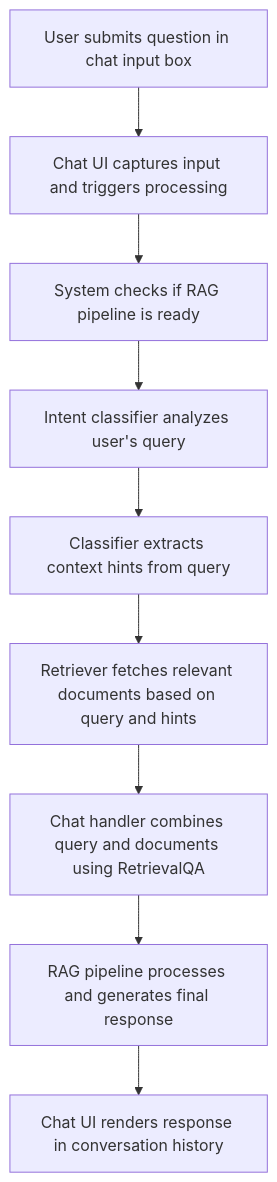
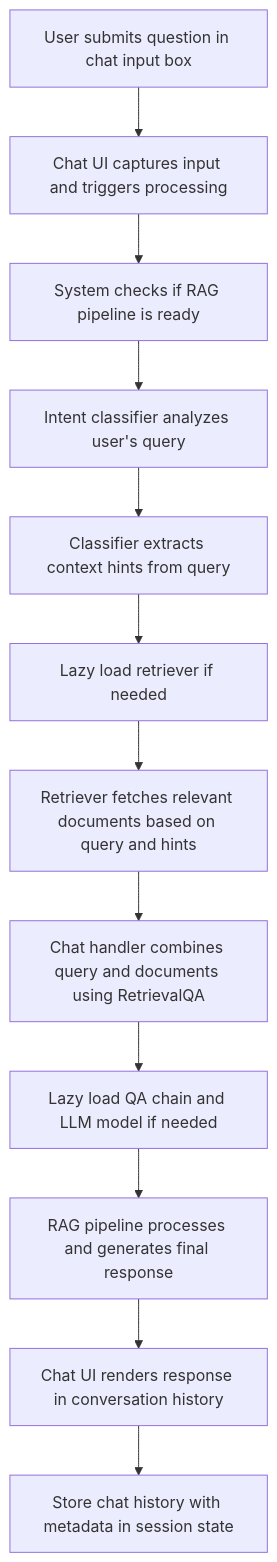
The second of 5 diagrams in debug_tools/MERMAID_CHART.md (anilbattini/codebase-qa), drawn with Mermaid before and after one commit. The commit also changed other lines of this file and 16 other files, not shown here.

````diff
--- a/debug_tools/MERMAID_CHART.md
+++ b/debug_tools/MERMAID_CHART.md
@@ -60,11 +70,14 @@
 ```mermaid
 flowchart TD
     A[User submits question in chat input box] --> B[Chat UI captures input and triggers processing]
     B --> C[System checks if RAG pipeline is ready]
     C --> D[Intent classifier analyzes user's query]
     D --> E[Classifier extracts context hints from query]
-    E --> F[Retriever fetches relevant documents based on query and hints]
-    F --> G[Chat handler combines query and documents using RetrievalQA]
-    G --> H[RAG pipeline processes and generates final response]
-    H --> I[Chat UI renders response in conversation history]
+    E --> F[Lazy load retriever if needed]
+    F --> G[Retriever fetches relevant documents based on query and hints]
+    G --> H[Chat handler combines query and documents using RetrievalQA]
+    H --> I[Lazy load QA chain and LLM model if needed]
+    I --> J[RAG pipeline processes and generates final response]
+    J --> K[Chat UI renders response in conversation history]
+    K --> L[Store chat history with metadata in session state]
 ```
````
